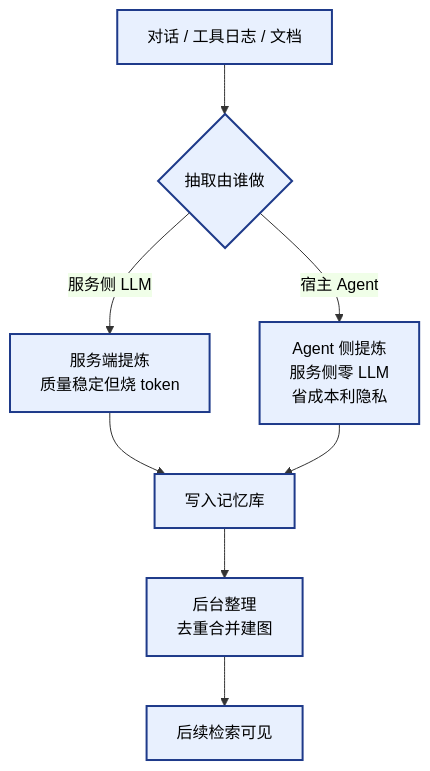
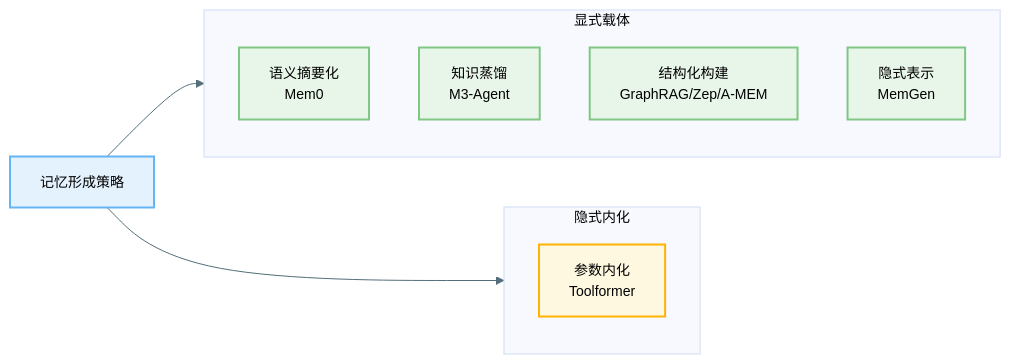
The diagram in 1_LLMs_base_trick/layer_normalization/readme.md (km1994/Awesome-LLM-Interview), drawn with Mermaid before and after one commit. The commit also changed other lines of this file and 3 other files, not shown here.

Commit message:
新增相似度函数配图生成脚本，依赖Pillow库，支持生成多种图形并输出为PNG格式。

````diff
--- a/1_LLMs_base_trick/layer_normalization/readme.md
+++ b/1_LLMs_base_trick/layer_normalization/readme.md
@@ -101,13 +105,23 @@
 ```mermaid
-%%{init: {'theme':'base','themeVariables':{'background':'#ffffff','primaryColor':'#E8F0FE','primaryTextColor':'#000000','primaryBorderColor':'#1E3A8A','lineColor':'#333333','fontFamily':'Arial'}}}%%
-flowchart TB
-    Input["对话 / 工具日志 / 文档"] --> Decision{"抽取由谁做"}
-    Decision -->|服务侧 LLM| Server["服务端提炼<br/>质量稳定但烧 token"]
-    Decision -->|宿主 Agent| Host["Agent 侧提炼<br/>服务侧零 LLM<br/>省成本利隐私"]
-    Server --> Store["写入记忆库"]
-    Host --> Store
-    Store --> Async["后台整理<br/>去重合并建图"]
-    Async --> Search["后续检索可见"]
-    classDef mem fill:#E8F0FE,stroke:#1E3A8A,stroke-width:2px,color:#000000;
-    class Input,Decision,Server,Host,Store,Async,Search mem;
+%%{init: {'theme': 'base', 'themeVariables': {'primaryTextColor': '#000000', 'lineColor': '#546E7A', 'fontSize': '14px'}}}%%
+flowchart LR
+    S["记忆形成策略"]
+    subgraph Explicit["显式载体"]
+        direction TB
+        S1["语义摘要化<br>Mem0"]
+        S2["知识蒸馏<br>M3-Agent"]
+        S3["结构化构建<br>GraphRAG/Zep/A-MEM"]
+        S4["隐式表示<br>MemGen"]
+    end
+    subgraph Implicit["隐式内化"]
+        S5["参数内化<br>Toolformer"]
+    end
+    S --> Explicit
+    S --> Implicit
+    classDef root fill:#E3F2FD,stroke:#64B5F6,color:#000000,stroke-width:2px;
+    classDef leaf fill:#E8F5E9,stroke:#81C784,color:#000000,stroke-width:2px;
+    classDef param fill:#FFF8E1,stroke:#FFB300,color:#000000,stroke-width:2px;
+    class S root;
+    class S1,S2,S3,S4 leaf;
+    class S5 param;
 ```
````
